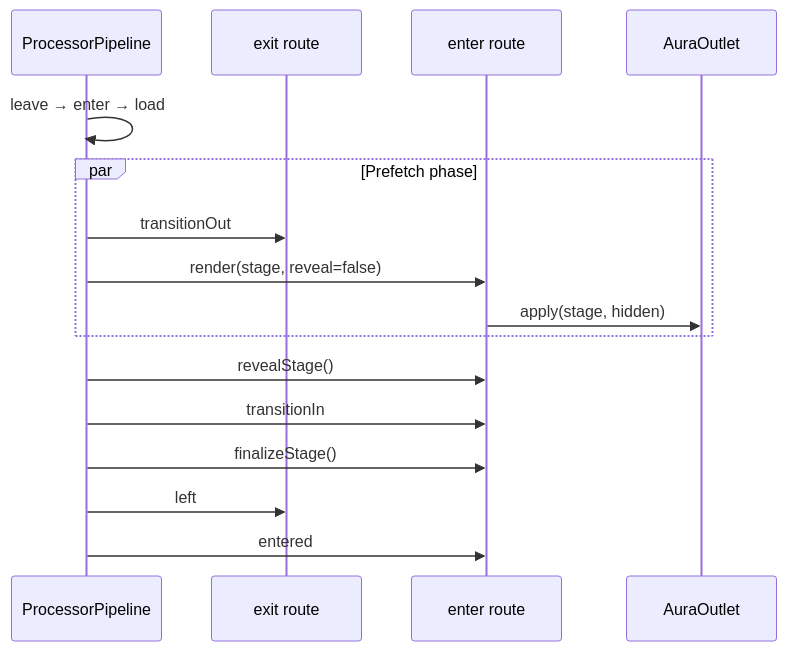
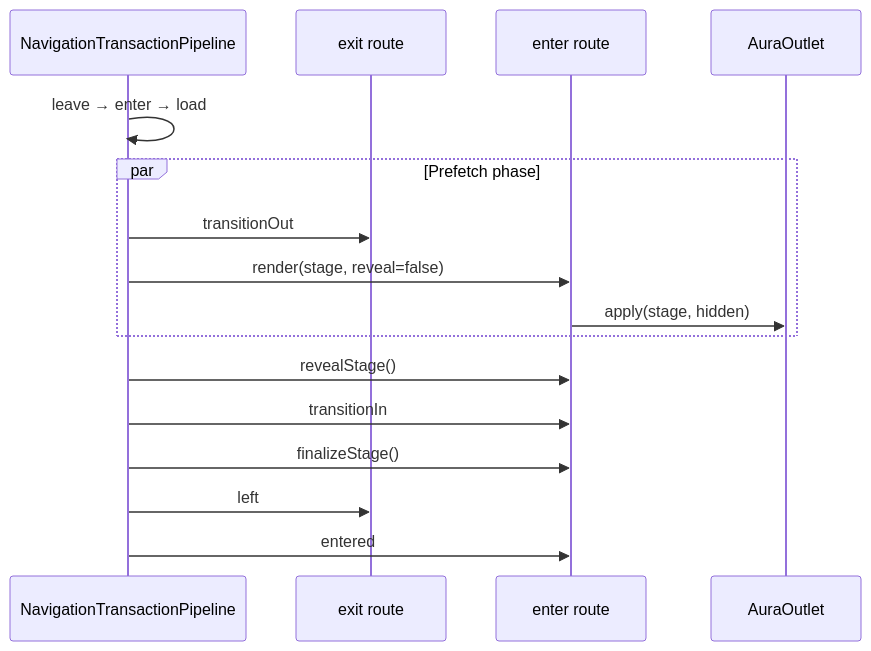
Before and after one commit to aura-ui/router: the diagram in docs/todo/OUT_IN_PREFETCH.md, drawn with Mermaid. The commit also changed other lines of this file and 18 other files, not shown here.

````diff
--- a/docs/todo/OUT_IN_PREFETCH.md
+++ b/docs/todo/OUT_IN_PREFETCH.md
@@ -157,19 +157,19 @@
 ```mermaid
 sequenceDiagram
-  participant P as ProcessorPipeline
+  participant P as NavigationTransactionPipeline
   participant Old as exit route
   participant New as enter route
   participant O as AuraOutlet
 
   P->>P: leave → enter → load
   par Prefetch phase
     P->>Old: transitionOut
     P->>New: render(stage, reveal=false)
     New->>O: apply(stage, hidden)
   end
   P->>New: revealStage()
   P->>New: transitionIn
   P->>New: finalizeStage()
   P->>Old: left
   P->>New: entered
 ```
````
